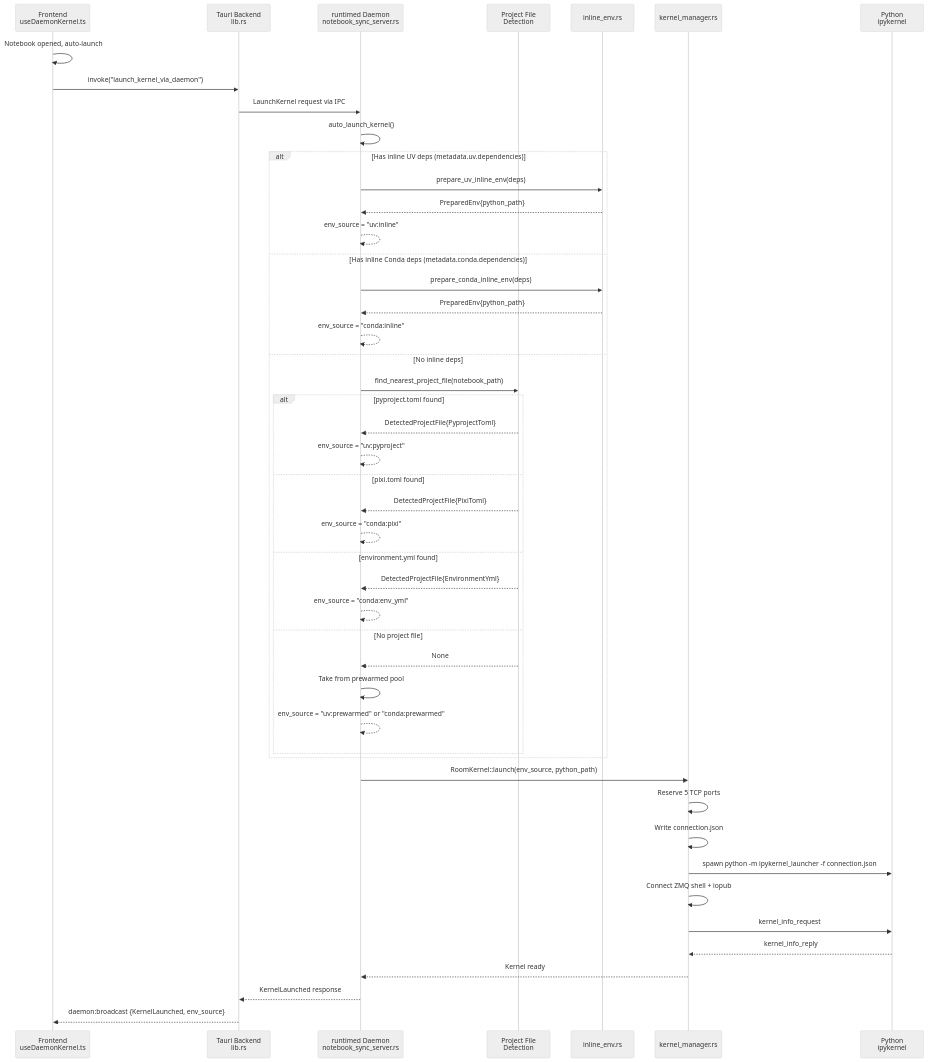
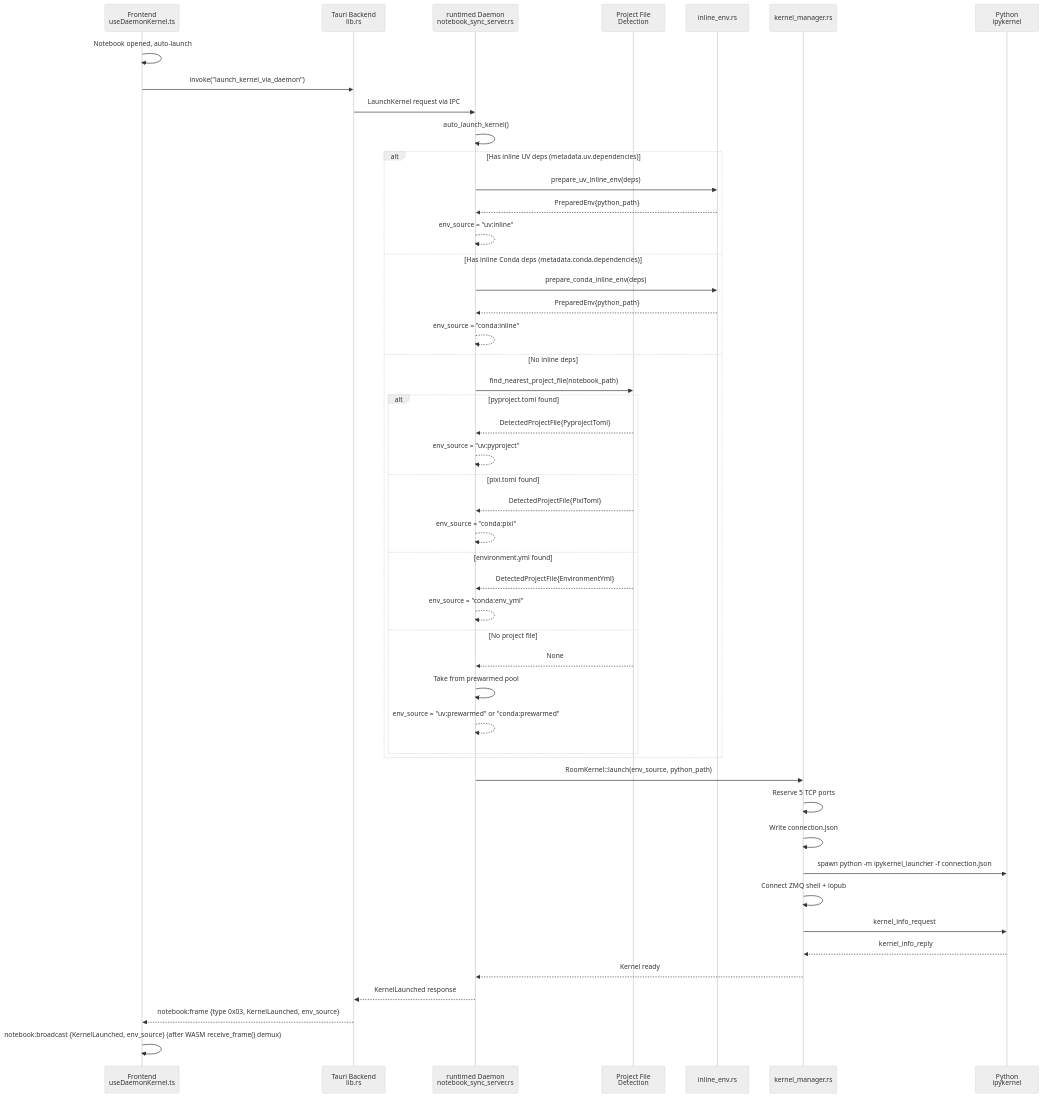
The second of 3 diagrams in contributing/environments.md (nteract/desktop), drawn with Mermaid (neutral theme) before and after one commit. The commit also changed other lines of this file and 5 other files, not shown here.

````diff
--- a/contributing/environments.md
+++ b/contributing/environments.md
@@ -161,54 +161,55 @@
 ```mermaid
 sequenceDiagram
     participant FE as Frontend<br/>useDaemonKernel.ts
     participant TC as Tauri Backend<br/>lib.rs
     participant DM as runtimed Daemon<br/>notebook_sync_server.rs
     participant PF as Project File<br/>Detection
     participant IE as inline_env.rs
     participant KM as kernel_manager.rs
     participant PY as Python<br/>ipykernel
 
     FE->>FE: Notebook opened, auto-launch
     FE->>TC: invoke("launch_kernel_via_daemon")
     TC->>DM: LaunchKernel request via IPC
 
     DM->>DM: auto_launch_kernel()
 
     alt Has inline UV deps (metadata.uv.dependencies)
         DM->>IE: prepare_uv_inline_env(deps)
         IE-->>DM: PreparedEnv{python_path}
         DM-->>DM: env_source = "uv:inline"
     else Has inline Conda deps (metadata.conda.dependencies)
         DM->>IE: prepare_conda_inline_env(deps)
         IE-->>DM: PreparedEnv{python_path}
         DM-->>DM: env_source = "conda:inline"
     else No inline deps
         DM->>PF: find_nearest_project_file(notebook_path)
         alt pyproject.toml found
             PF-->>DM: DetectedProjectFile{PyprojectToml}
             DM-->>DM: env_source = "uv:pyproject"
         else pixi.toml found
             PF-->>DM: DetectedProjectFile{PixiToml}
             DM-->>DM: env_source = "conda:pixi"
         else environment.yml found
             PF-->>DM: DetectedProjectFile{EnvironmentYml}
             DM-->>DM: env_source = "conda:env_yml"
         else No project file
             PF-->>DM: None
             DM->>DM: Take from prewarmed pool
             DM-->>DM: env_source = "uv:prewarmed" or "conda:prewarmed"
         end
     end
 
     DM->>KM: RoomKernel::launch(env_source, python_path)
     KM->>KM: Reserve 5 TCP ports
     KM->>KM: Write connection.json
     KM->>PY: spawn python -m ipykernel_launcher -f connection.json
     KM->>KM: Connect ZMQ shell + iopub
     KM->>PY: kernel_info_request
     PY-->>KM: kernel_info_reply
     KM-->>DM: Kernel ready
 
     DM-->>TC: KernelLaunched response
-    TC-->>FE: daemon:broadcast {KernelLaunched, env_source}
+    TC-->>FE: notebook:frame {type 0x03, KernelLaunched, env_source}
+    FE->>FE: notebook:broadcast {KernelLaunched, env_source} (after WASM receive_frame() demux)
 ```
````
